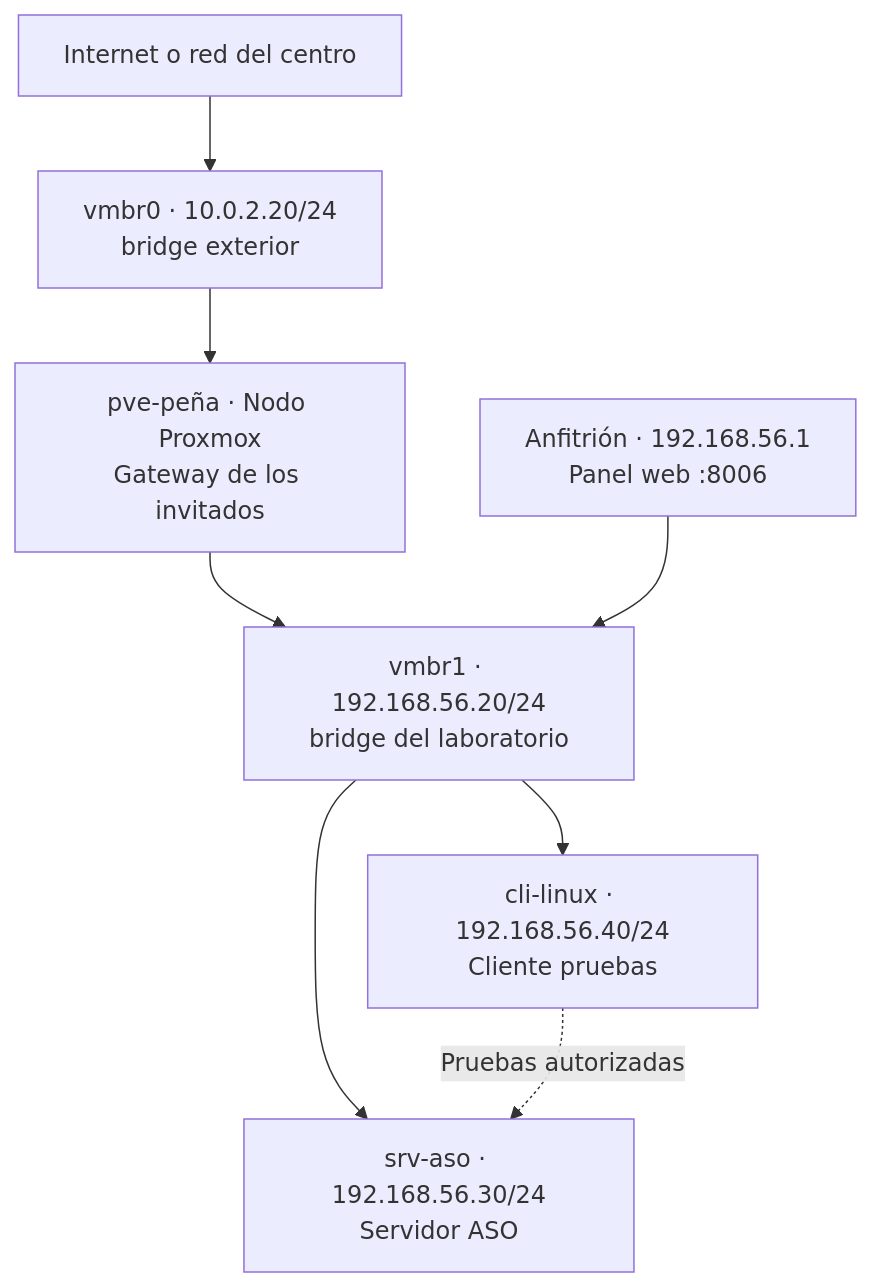
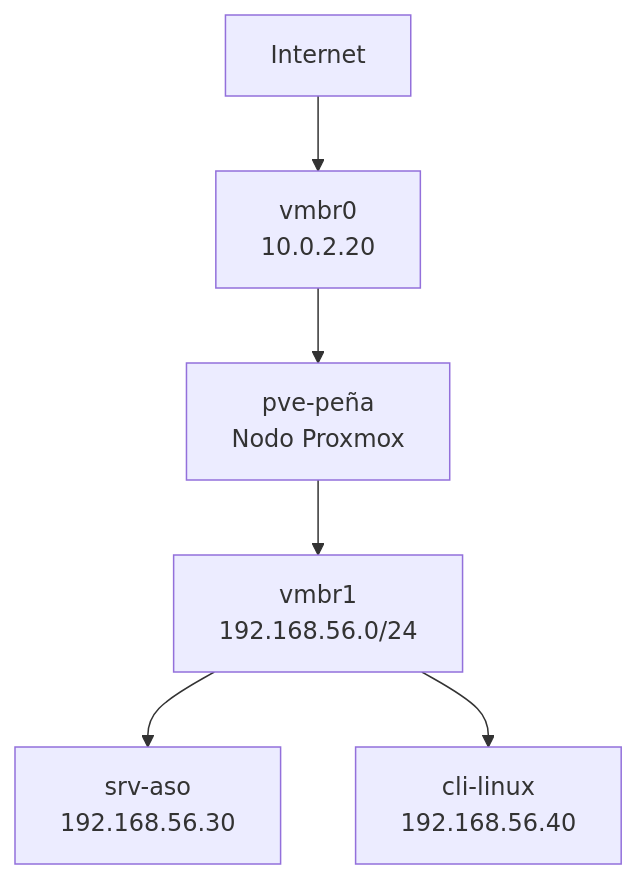
Before and after one commit to DavidPena-sys/pi-promox-Pe-a-David: the diagram in docs/02-diagrama-red.md, drawn with Mermaid.

Commit message:
Simplify network diagram in documentation

````diff
--- a/docs/02-diagrama-red.md
+++ b/docs/02-diagrama-red.md
@@ -36,10 +36,8 @@
 ```mermaid
 flowchart TD
-    I["Internet o red del centro"] --> V0["vmbr0 · 10.0.2.20/24<br/>bridge exterior"]
-    V0 --> P["pve-peña · Nodo Proxmox<br/>Gateway de los invitados"]
-    P --> V1["vmbr1 · 192.168.56.20/24<br/>bridge del laboratorio"]
-    A["Anfitrión · 192.168.56.1<br/>Panel web :8006"] --> V1
-    V1 --> C["cli-linux · 192.168.56.40/24<br/>Cliente pruebas"]
-    V1 --> S["srv-aso · 192.168.56.30/24<br/>Servidor ASO"]
-    C -.->|"Pruebas autorizadas"| S
+    I["Internet"] --> V0["vmbr0<br/>10.0.2.20"]
+    V0 --> P["pve-peña<br/>Nodo Proxmox"]
+    P --> V1["vmbr1<br/>192.168.56.0/24"]
+    V1 --> S["srv-aso<br/>192.168.56.30"]
+    V1 --> C["cli-linux<br/>192.168.56.40"]
 ```
````
